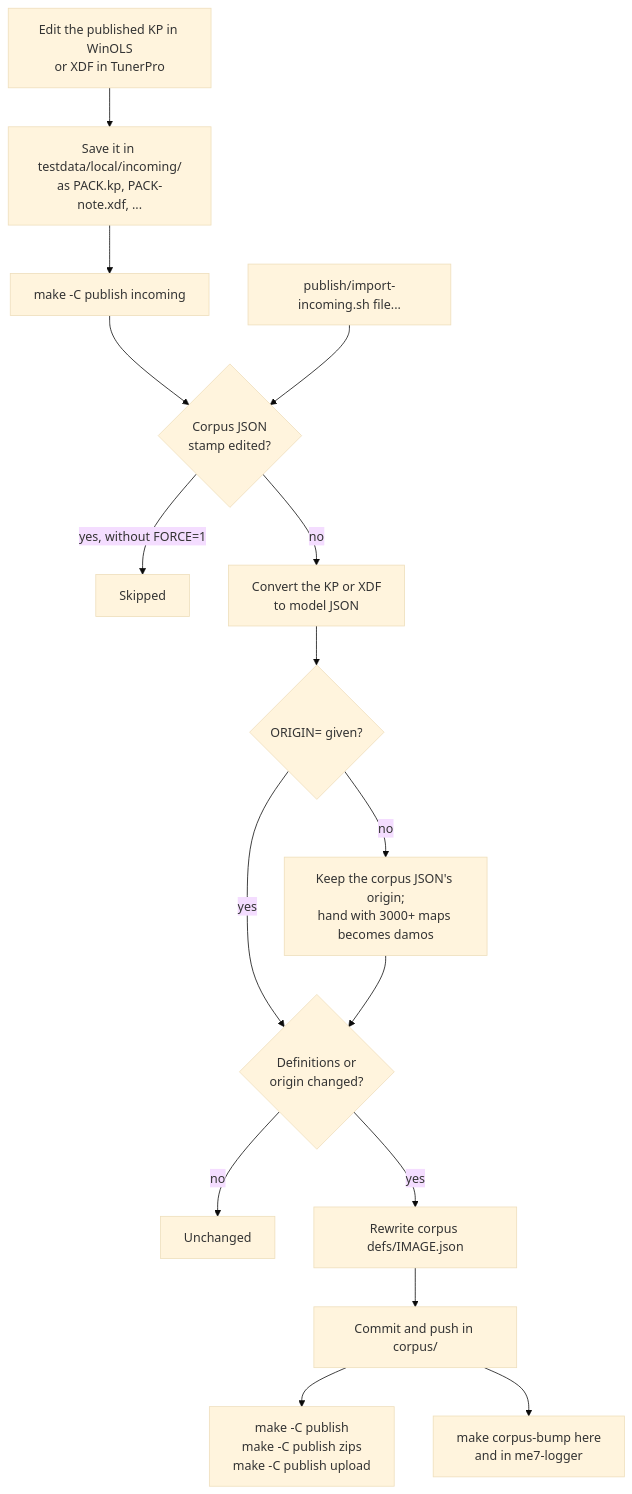
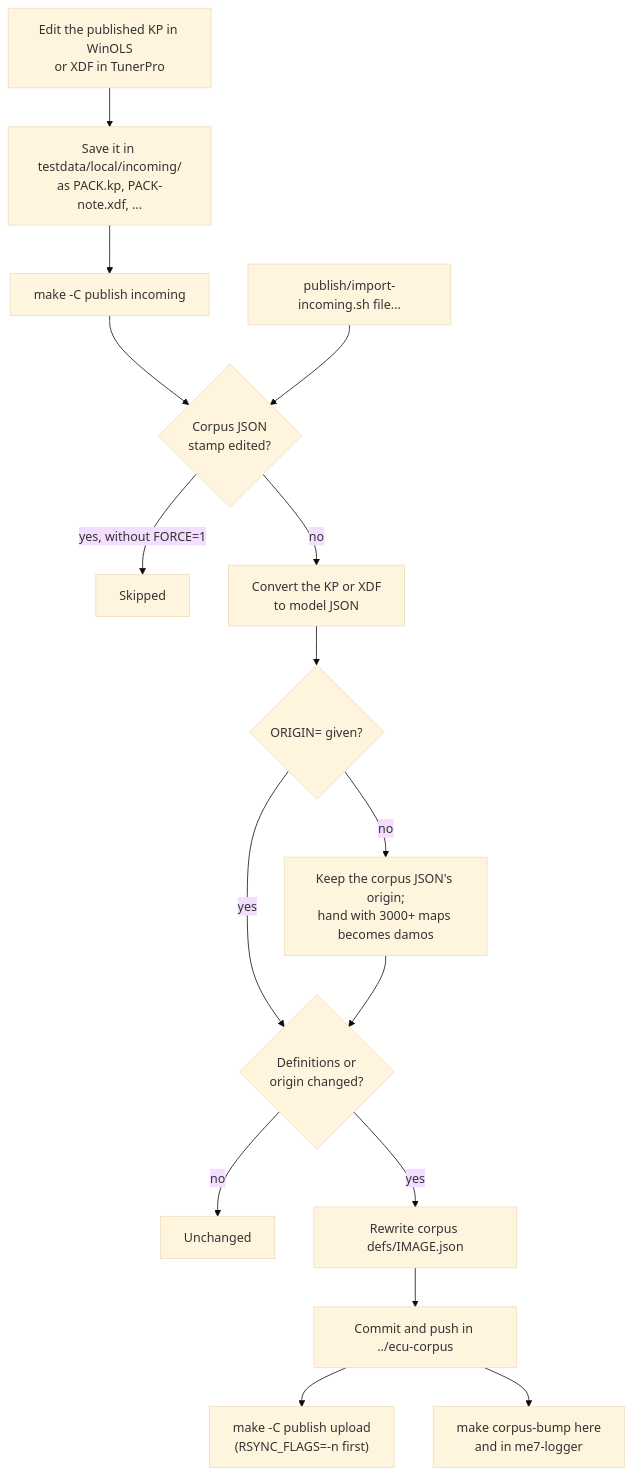
The diagram in publish/README.md (nyetlabs/xdfkit), drawn with Mermaid (base theme) before and after one commit. The commit also changed other lines of this file and 20 other files, not shown here.

````diff
--- a/publish/README.md
+++ b/publish/README.md
@@ -7,19 +7,19 @@
 ```mermaid
 flowchart TD
   edit["Edit the published KP in WinOLS<br/>or XDF in TunerPro"] --> save["Save it in testdata/local/incoming/<br/>as PACK.kp, PACK-note.xdf, ..."]
   save --> incoming["make -C publish incoming"]
   incoming --> edited{"Corpus JSON<br/>stamp edited?"}
   edited -- "yes, without FORCE=1" --> skip["Skipped"]
   edited -- no --> import
   single["publish/import-incoming.sh file..."] --> edited
   import["Convert the KP or XDF<br/>to model JSON"]
   import --> origin{"ORIGIN= given?"}
   origin -- yes --> changed
   origin -- no --> keep["Keep the corpus JSON's origin;<br/>hand with 3000+ maps becomes damos"]
   keep --> changed{"Definitions or<br/>origin changed?"}
   changed -- no --> unchanged["Unchanged"]
   changed -- yes --> write["Rewrite corpus defs/IMAGE.json"]
-  write --> commit["Commit and push in corpus/"]
-  commit --> gen["make -C publish<br/>make -C publish zips<br/>make -C publish upload"]
+  write --> commit["Commit and push in ../ecu-corpus"]
+  commit --> gen["make -C publish upload<br/>(RSYNC_FLAGS=-n first)"]
   commit --> bump["make corpus-bump here<br/>and in me7-logger"]
 ```
````
